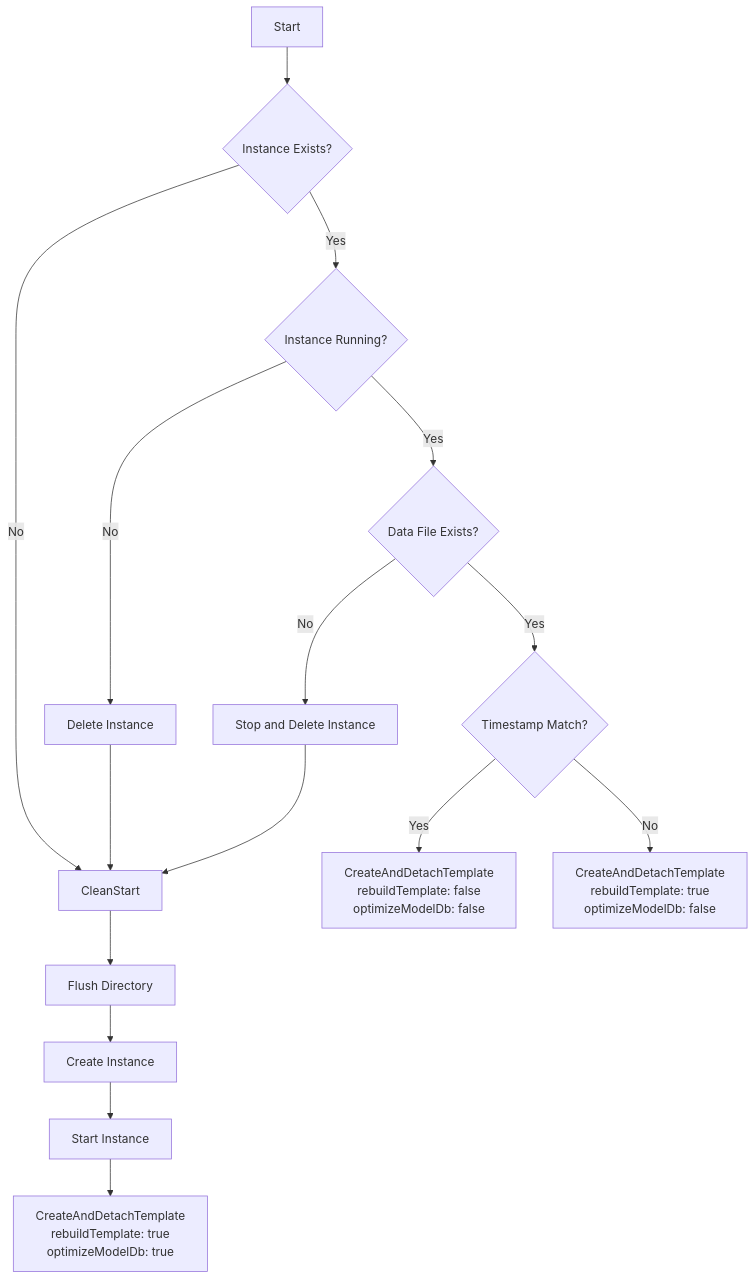
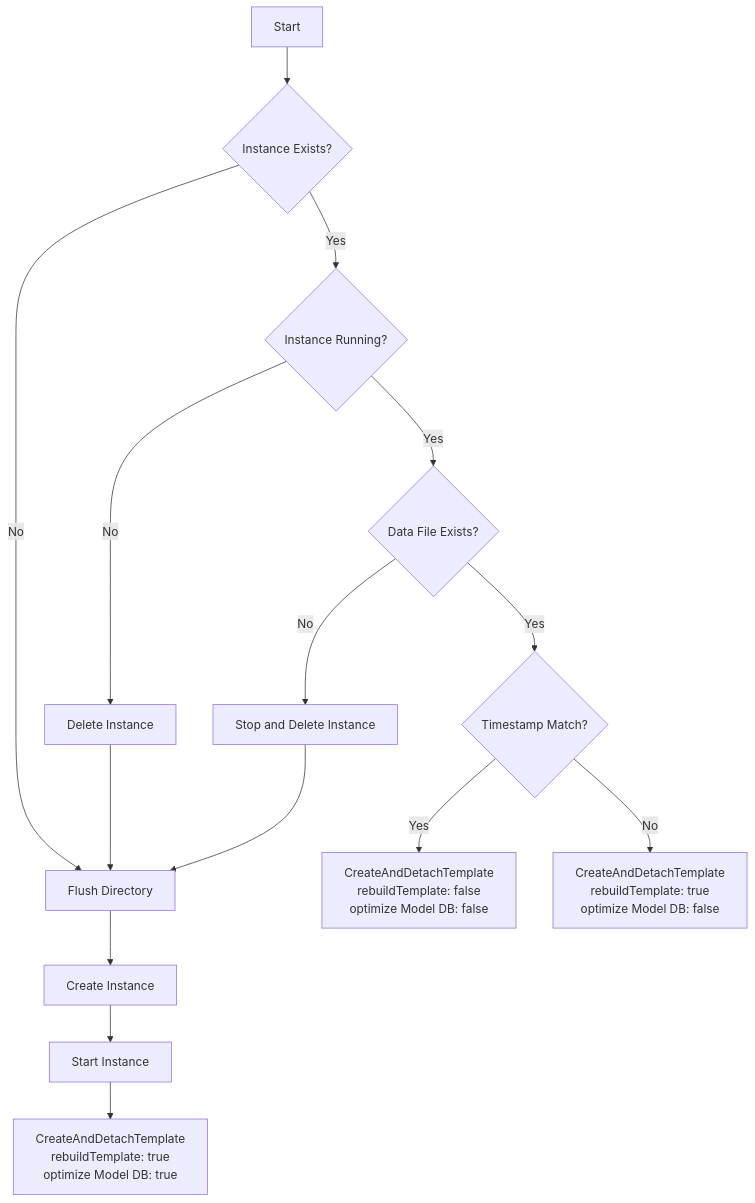
One commit to SimonCropp/LocalDb changed the second of 5 diagrams in docs/mdsource/workflow.md. Above: the diagram before and after it, drawn with Mermaid. The commit also changed other lines of this file, not shown here.

````diff
--- a/docs/mdsource/workflow.md
+++ b/docs/mdsource/workflow.md
@@ -45,26 +45,24 @@
 ```mermaid
 flowchart TD
     start[Start] --> checkExists{Instance Exists?}
 
-    checkExists -->|No| cleanStart[CleanStart]
+    checkExists -->|No| flushDir[Flush Directory]
     checkExists -->|Yes| checkRunning{Instance Running?}
 
     checkRunning -->|No| deleteInstance[Delete Instance]
-    deleteInstance --> cleanStart
+    deleteInstance --> flushDir
 
     checkRunning -->|Yes| checkDataFile{Data File Exists?}
 
     checkDataFile -->|No| stopAndDelete[Stop and Delete Instance]
-    stopAndDelete --> cleanStart
+    stopAndDelete --> flushDir
 
     checkDataFile -->|Yes| checkTimestamp{Timestamp Match?}
 
-    checkTimestamp -->|Yes| createNoRebuild[CreateAndDetachTemplate<br/>rebuildTemplate: false<br/>optimizeModelDb: false]
+    checkTimestamp -->|Yes| createNoRebuild[CreateAndDetachTemplate<br/>rebuildTemplate: false<br/>optimize Model DB: false]
 
-    checkTimestamp -->|No| createRebuild[CreateAndDetachTemplate<br/>rebuildTemplate: true<br/>optimizeModelDb: false]
-
-    cleanStart --> flushDir[Flush Directory]
+    checkTimestamp -->|No| createRebuild[CreateAndDetachTemplate<br/>rebuildTemplate: true<br/>optimize Model DB: false]
     flushDir --> createInstance[Create Instance]
     createInstance --> startInstance[Start Instance]
-    startInstance --> createFull[CreateAndDetachTemplate<br/>rebuildTemplate: true<br/>optimizeModelDb: true]
+    startInstance --> createFull[CreateAndDetachTemplate<br/>rebuildTemplate: true<br/>optimize Model DB: true]
 ```
````
